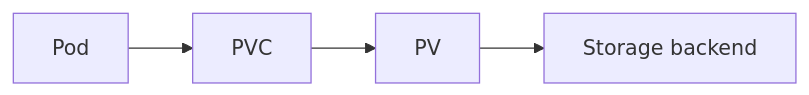
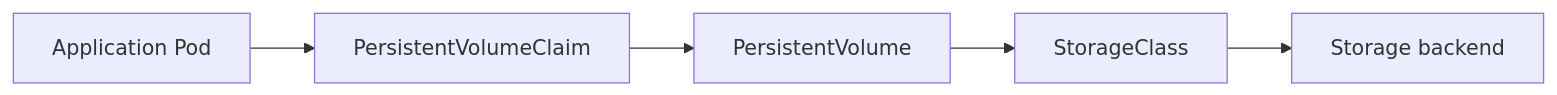
The diagram in docs/k3s/storage.md (VictorRoshchin/Proxmox-k3s-cluster), drawn with Mermaid before and after one commit. The commit also changed other lines of this file and 9 other files, not shown here.

````diff
--- a/docs/k3s/storage.md
+++ b/docs/k3s/storage.md
@@ -20,6 +29,7 @@
 ```mermaid
 flowchart LR
-    A[Pod] --> B[PVC]
-    B --> C[PV]
-    C --> D[Storage backend]
+    APP[Application Pod] --> PVC[PersistentVolumeClaim]
+    PVC --> PV[PersistentVolume]
+    PV --> SC[StorageClass]
+    SC --> BACKEND[Storage backend]
 ```
````
